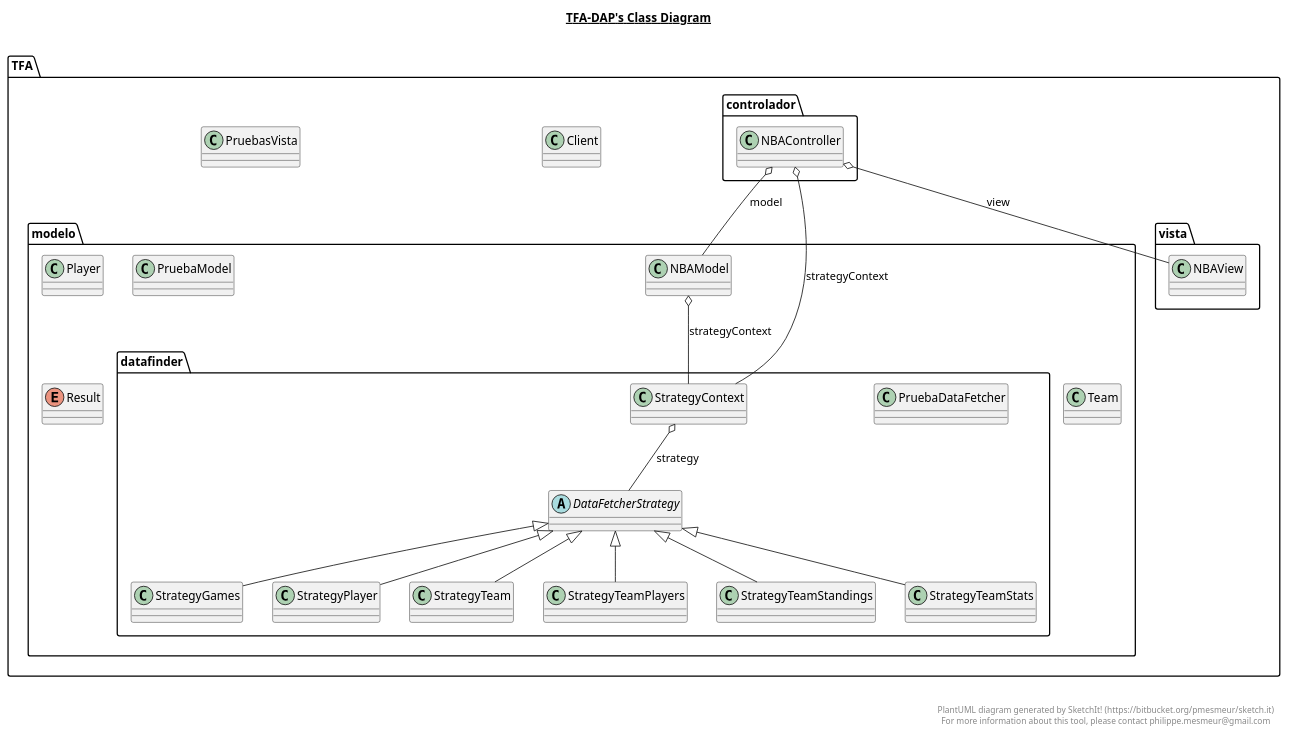
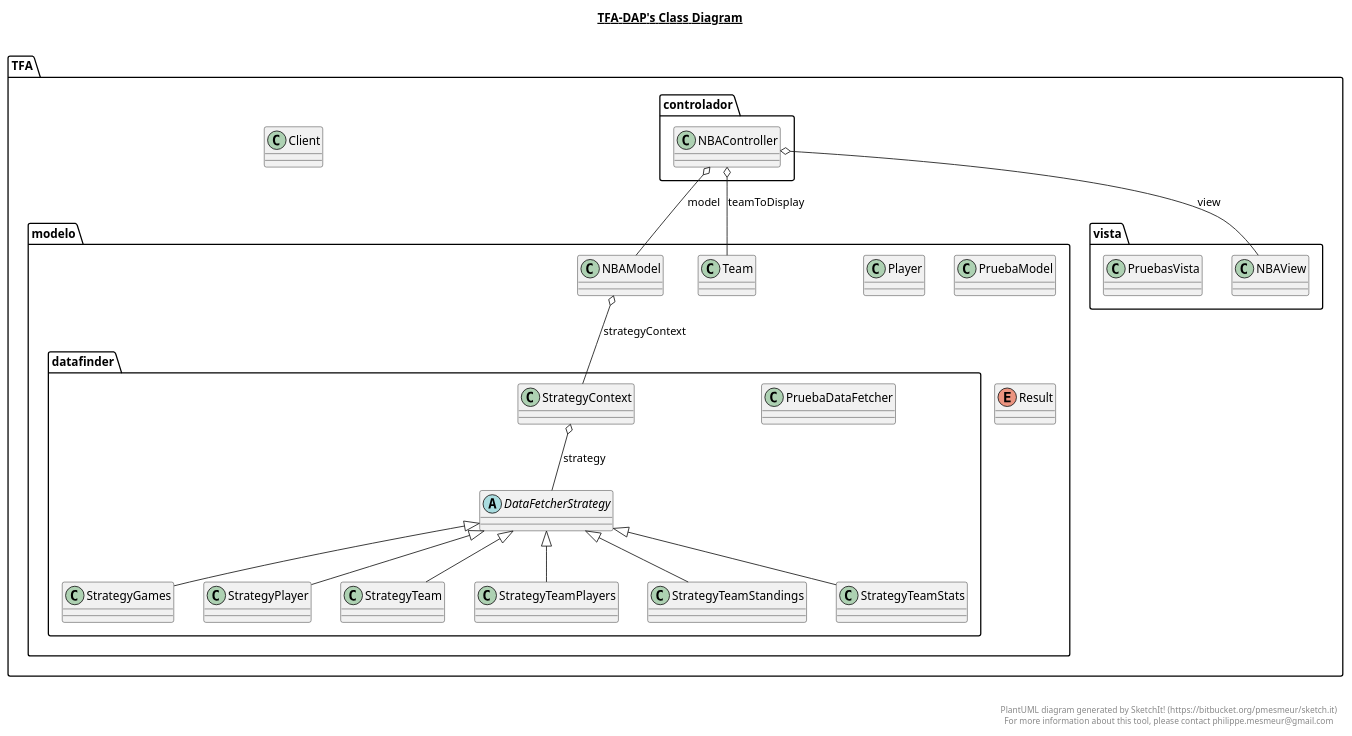
The diagram in TFA-DAP.plantuml (Diegodmbot/ULL-DAP-TrabajoFinalNBA), drawn with PlantUML before and after one commit. The commit also changed 12 other files, not shown here.

```diff
--- a/TFA-DAP.plantuml
+++ b/TFA-DAP.plantuml
@@ -1,183 +1,185 @@
 @startuml
 
 title __TFA-DAP's Class Diagram__\n
 
   namespace TFA {
     class TFA.Client {
-    }
-  }
-  
-
-  namespace TFA {
-    class TFA.PruebasVista {
     }
   }
   
 
   namespace TFA {
     namespace controlador {
       class TFA.controlador.NBAController {
       }
     }
   }
   
 
   namespace TFA {
     namespace modelo {
       class TFA.modelo.NBAModel {
       }
     }
   }
   
 
   namespace TFA {
     namespace modelo {
       class TFA.modelo.Player {
       }
     }
   }
   
 
   namespace TFA {
     namespace modelo {
       class TFA.modelo.PruebaModel {
       }
     }
   }
   
 
   namespace TFA {
     namespace modelo {
       enum Result {
       }
     }
   }
   
 
   namespace TFA {
     namespace modelo {
       class TFA.modelo.Team {
       }
     }
   }
   
 
   namespace TFA {
     namespace modelo {
       namespace datafinder {
         abstract class TFA.modelo.datafinder.DataFetcherStrategy {
         }
       }
     }
   }
   
 
   namespace TFA {
     namespace modelo {
       namespace datafinder {
         class TFA.modelo.datafinder.PruebaDataFetcher {
         }
       }
     }
   }
   
 
   namespace TFA {
     namespace modelo {
       namespace datafinder {
         class TFA.modelo.datafinder.StrategyContext {
         }
       }
     }
   }
   
 
   namespace TFA {
     namespace modelo {
       namespace datafinder {
         class TFA.modelo.datafinder.StrategyGames {
         }
       }
     }
   }
   
 
   namespace TFA {
     namespace modelo {
       namespace datafinder {
         class TFA.modelo.datafinder.StrategyPlayer {
         }
       }
     }
   }
   
 
   namespace TFA {
     namespace modelo {
       namespace datafinder {
         class TFA.modelo.datafinder.StrategyTeam {
         }
       }
     }
   }
   
 
   namespace TFA {
     namespace modelo {
       namespace datafinder {
         class TFA.modelo.datafinder.StrategyTeamPlayers {
         }
       }
     }
   }
   
 
   namespace TFA {
     namespace modelo {
       namespace datafinder {
         class TFA.modelo.datafinder.StrategyTeamStandings {
         }
       }
     }
   }
   
 
   namespace TFA {
     namespace modelo {
       namespace datafinder {
         class TFA.modelo.datafinder.StrategyTeamStats {
         }
       }
     }
   }
   
 
   namespace TFA {
     namespace vista {
       class TFA.vista.NBAView {
       }
     }
   }
   
 
+  namespace TFA {
+    namespace vista {
+      class TFA.vista.PruebasVista {
+      }
+    }
+  }
+  
+
   TFA.controlador.NBAController o-- TFA.modelo.NBAModel : model
-  TFA.controlador.NBAController o-- TFA.modelo.datafinder.StrategyContext : strategyContext
+  TFA.controlador.NBAController o-- TFA.modelo.Team : teamToDisplay
   TFA.controlador.NBAController o-- TFA.vista.NBAView : view
   TFA.modelo.NBAModel o-- TFA.modelo.datafinder.StrategyContext : strategyContext
   TFA.modelo.datafinder.StrategyContext o-- TFA.modelo.datafinder.DataFetcherStrategy : strategy
   TFA.modelo.datafinder.StrategyGames -up-|> TFA.modelo.datafinder.DataFetcherStrategy
   TFA.modelo.datafinder.StrategyPlayer -up-|> TFA.modelo.datafinder.DataFetcherStrategy
   TFA.modelo.datafinder.StrategyTeam -up-|> TFA.modelo.datafinder.DataFetcherStrategy
   TFA.modelo.datafinder.StrategyTeamPlayers -up-|> TFA.modelo.datafinder.DataFetcherStrategy
   TFA.modelo.datafinder.StrategyTeamStandings -up-|> TFA.modelo.datafinder.DataFetcherStrategy
   TFA.modelo.datafinder.StrategyTeamStats -up-|> TFA.modelo.datafinder.DataFetcherStrategy
 
 
 right footer
 
 
 PlantUML diagram generated by SketchIt! (https://bitbucket.org/pmesmeur/sketch.it)
 For more information about this tool, please contact philippe.mesmeur@gmail.com
 endfooter
 
 @enduml
```
